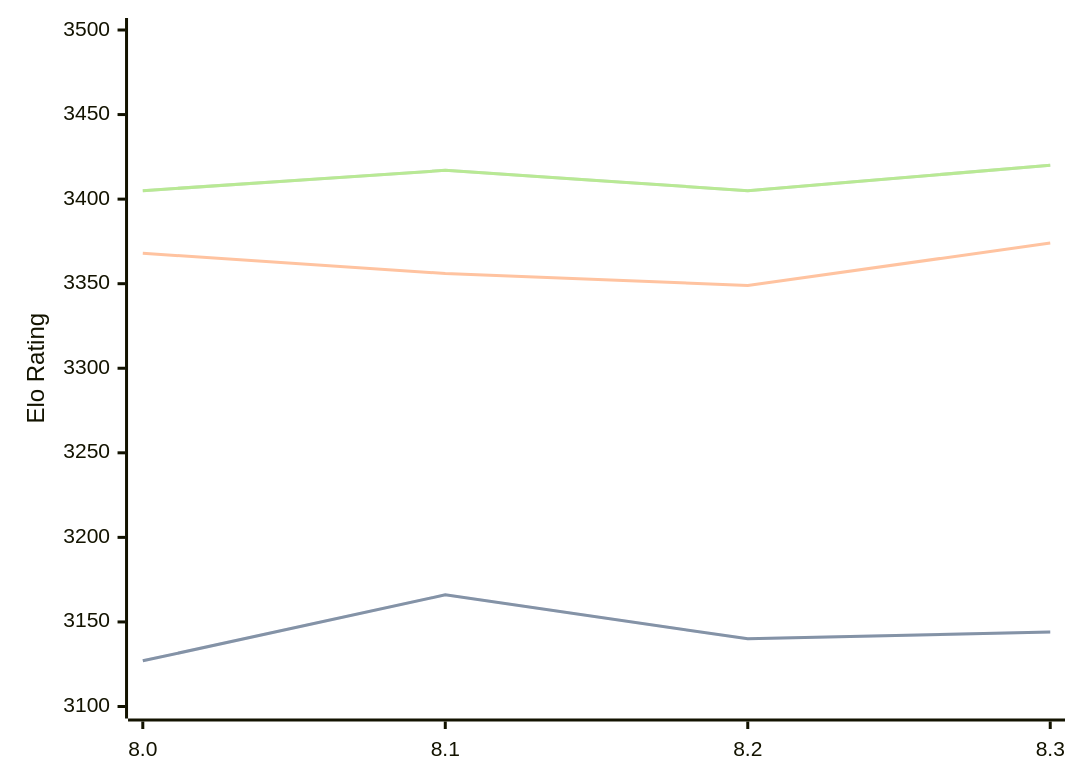
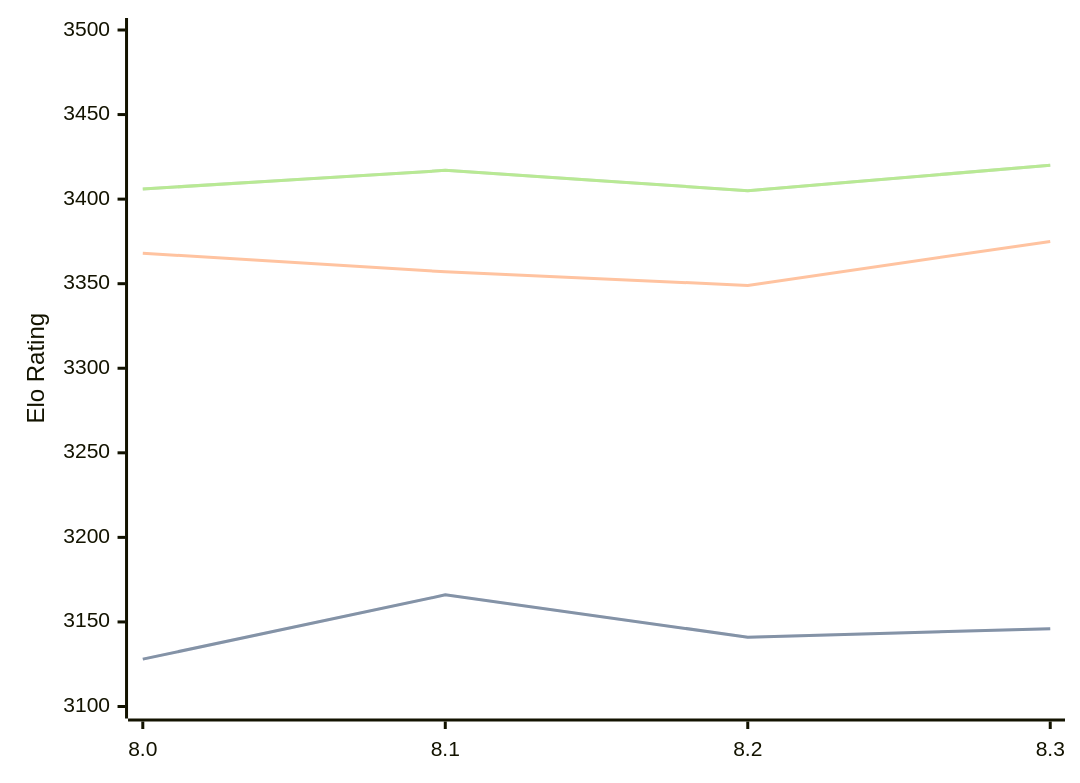
One commit to computer-chess-index/cci changed the diagram in engines/Alexander.md. Above: the diagram before and after it, drawn with Mermaid. The commit also changed other lines of this file, not shown here.

Commit message:
Update CCI Ratings (ELO VLTC) - 2026-07-25

````diff
--- a/engines/Alexander.md
+++ b/engines/Alexander.md
@@ -48,11 +48,11 @@
 ```mermaid
 %%{init: {"theme":"base","themeVariables":{"seriesColors:['#a3a3a3','#222221','#faa371']}}}%%
 xychart-beta
   x-axis ["8.0", "8.1", "8.2", "8.3"]
   y-axis "Elo Rating" 3100 --> 3500
-  line "STC (8.0+0.08s)" [3127, 3166, 3140, 3144]
-  line "STC (8.0+0.08s)" [3127, 3166, 3140, 3144]
-  line "LTC (60.0+0.60s)" [3368, 3356, 3349, 3374]
-  line "VLTC (2m24s+1.12s)" [3405, 3417, 3405, 3420]
-  line "VLTC (2m24s+1.12s)" [3405, 3417, 3405, 3420]
+  line "STC (8.0+0.08s)" [3128, 3166, 3141, 3146]
+  line "STC (8.0+0.08s)" [3128, 3166, 3141, 3146]
+  line "LTC (60.0+0.60s)" [3368, 3357, 3349, 3375]
+  line "VLTC (2m24s+1.12s)" [3406, 3417, 3405, 3420]
+  line "VLTC (2m24s+1.12s)" [3406, 3417, 3405, 3420]
 ```
````
